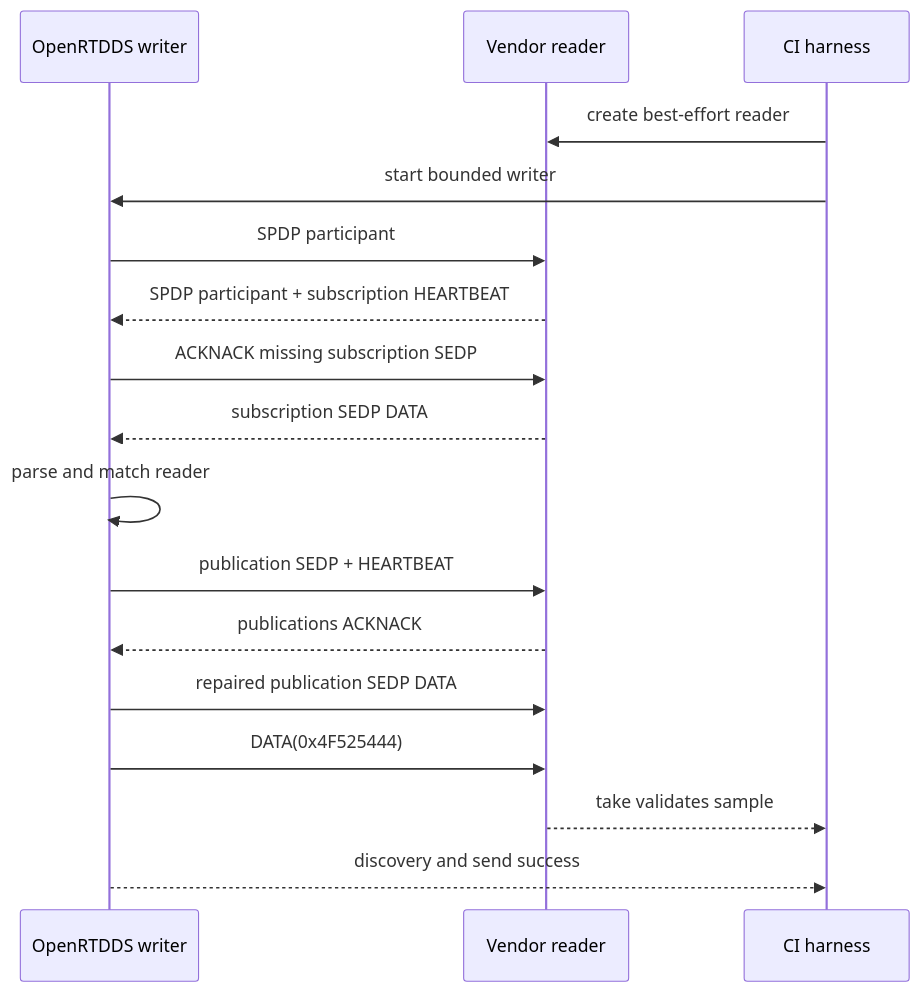
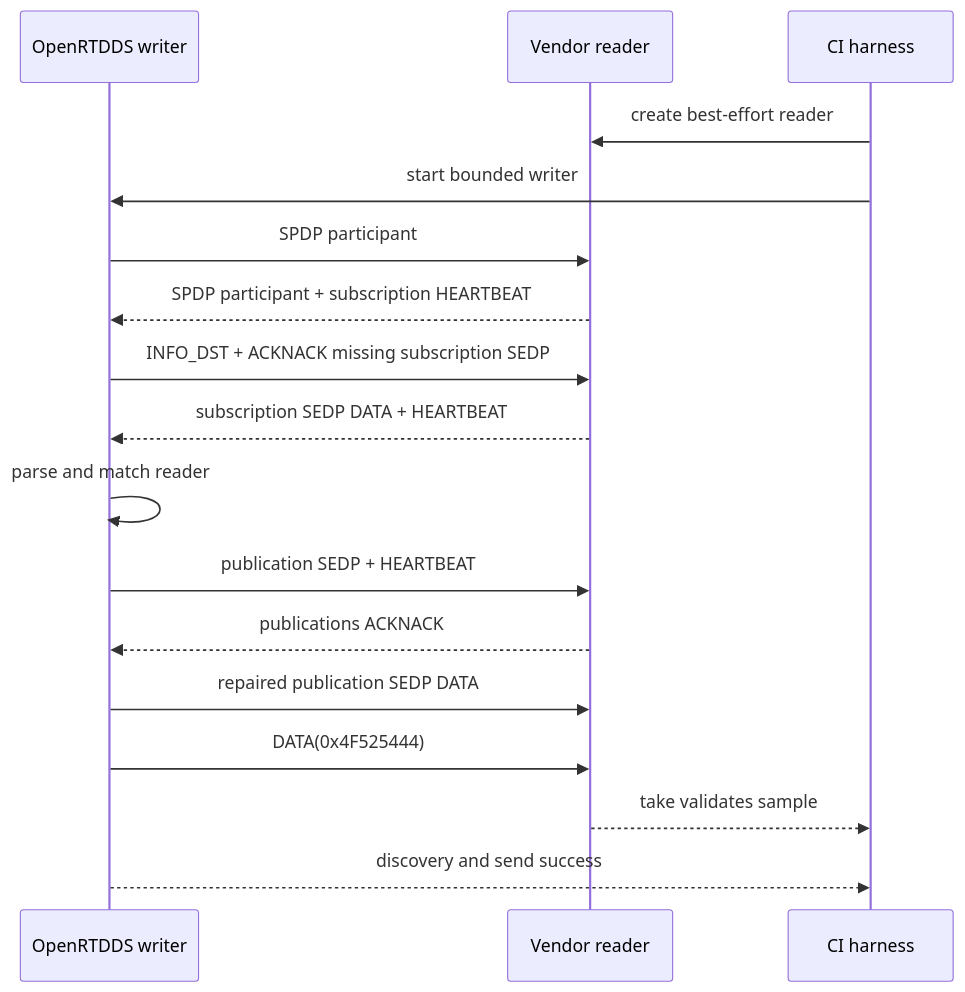
The fourth of 4 diagrams in docs/design/interoperability/detailed-design.md (indrakanti/openRTDDS), drawn with Mermaid before and after one commit. The commit also changed other lines of this file, not shown here.

Commit message:
Document directed compounded SEDP behavior

````diff
--- a/docs/design/interoperability/detailed-design.md
+++ b/docs/design/interoperability/detailed-design.md
@@ -283,19 +288,19 @@
 ```mermaid
 sequenceDiagram
     participant O as OpenRTDDS writer
     participant V as Vendor reader
     participant H as CI harness
     H->>V: create best-effort reader
     H->>O: start bounded writer
     O->>V: SPDP participant
     V-->>O: SPDP participant + subscription HEARTBEAT
-    O->>V: ACKNACK missing subscription SEDP
-    V-->>O: subscription SEDP DATA
+    O->>V: INFO_DST + ACKNACK missing subscription SEDP
+    V-->>O: subscription SEDP DATA + HEARTBEAT
     O->>O: parse and match reader
     O->>V: publication SEDP + HEARTBEAT
     V-->>O: publications ACKNACK
     O->>V: repaired publication SEDP DATA
     O->>V: DATA(0x4F525444)
     V-->>H: take validates sample
     O-->>H: discovery and send success
 ```
````
